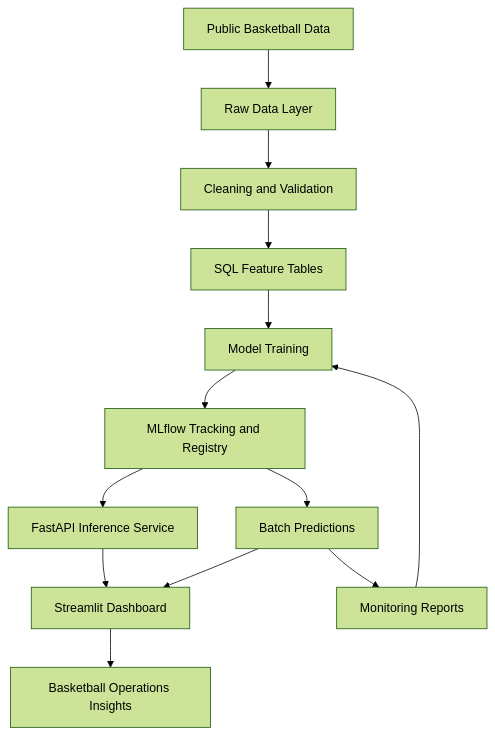
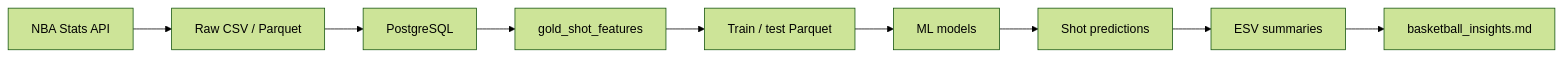
One commit to Brodyadams21/courtvision-ml changed the diagram in README.md. Above: the diagram before and after it, drawn with Mermaid (forest theme). The commit also changed other lines of this file, not shown here.

````diff
--- a/README.md
+++ b/README.md
@@ -31,15 +20,11 @@
 ```mermaid
-flowchart TD
-    A[Public Basketball Data] --> B[Raw Data Layer]
-    B --> C[Cleaning and Validation]
-    C --> D[SQL Feature Tables]
-    D --> E[Model Training]
-    E --> F[MLflow Tracking and Registry]
-    F --> G[FastAPI Inference Service]
-    F --> H[Batch Predictions]
-    G --> I[Streamlit Dashboard]
-    H --> I
-    I --> J[Basketball Operations Insights]
-    H --> K[Monitoring Reports]
-    K --> E
+flowchart LR
+    A[NBA Stats API] --> B[Raw CSV / Parquet]
+    B --> C[PostgreSQL]
+    C --> D[gold_shot_features]
+    D --> E[Train / test Parquet]
+    E --> F[ML models]
+    F --> G[Shot predictions]
+    G --> H[ESV summaries]
+    H --> I[basketball_insights.md]
 ```
````
